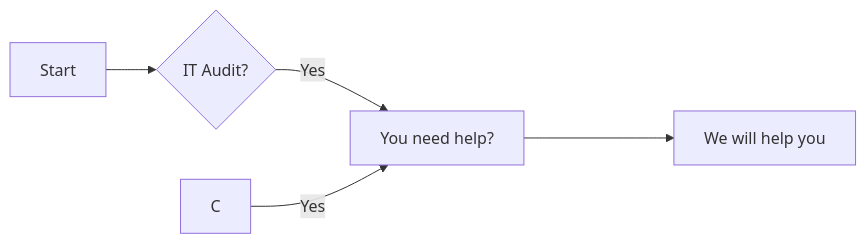
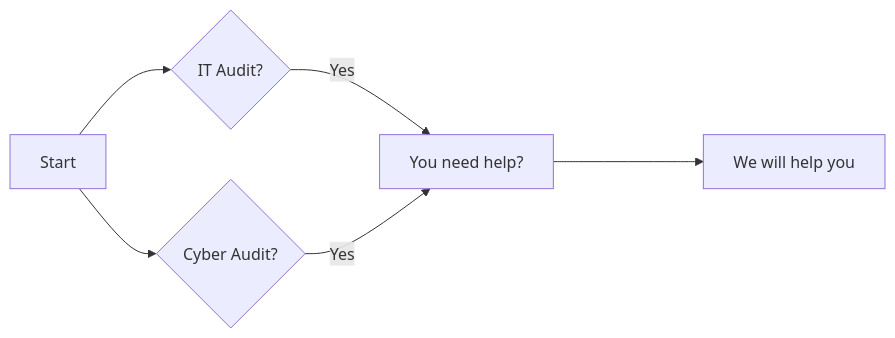
One commit to bg0007/bg0007.github.io changed the diagram in index.md. Above: the diagram before and after it, drawn with Mermaid.

````diff
--- a/index.md
+++ b/index.md
@@ -28,7 +28,8 @@
 ``` mermaid
 graph LR
   A[Start] --> B{IT Audit?};
+  A[Start] --> C{Cyber Audit?};
   B -->|Yes| D[You need help?];
   C -->|Yes| D[You need help?];
   D ----> E[We will help you];
 ```
````
